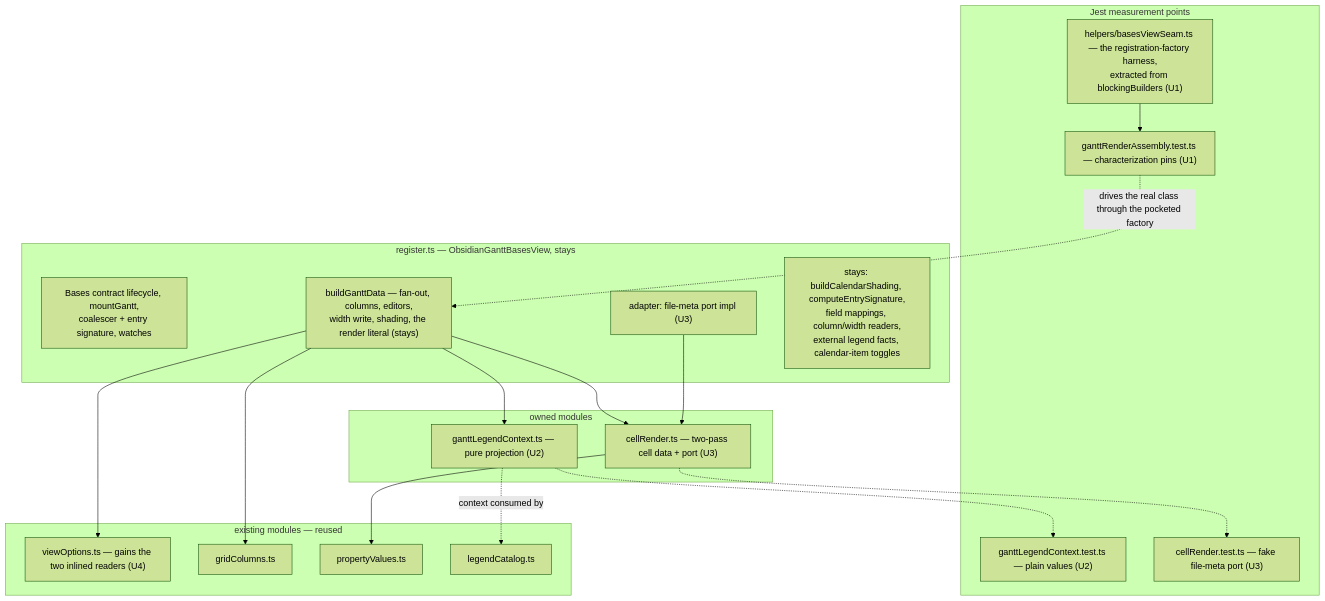
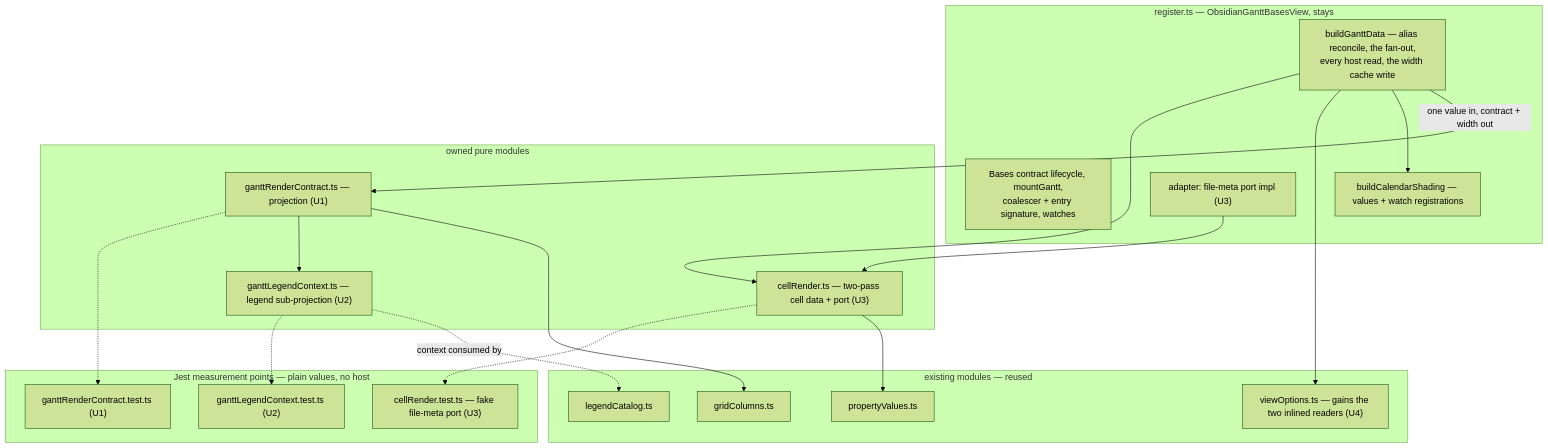
Before and after one commit to renatomen/tasknotes-gantt: the first of 2 diagrams in docs/plans/2026-09-03-001-refactor-register-render-data-characterization-plan.md, drawn with Mermaid (forest theme). The commit also changed other lines of this file, not shown here.

First line of the commit message:
docs(plans): take the course the book prescribes — extract the projection, do not test through the cast

````diff
--- a/docs/plans/2026-09-03-001-refactor-register-render-data-characterization-plan.md
+++ b/docs/plans/2026-09-03-001-refactor-register-render-data-characterization-plan.md
@@ -155,36 +159,37 @@
 ```mermaid
 flowchart TB
   subgraph host [register.ts — ObsidianGanttBasesView, stays]
     LC["Bases contract lifecycle, mountGantt,\ncoalescer + entry signature, watches"]
-    BGD["buildGanttData — fan-out, columns, editors,\nwidth write, shading, the render literal (stays)"]
+    BGD["buildGanttData — alias reconcile, the fan-out,\nevery host read, the width cache write"]
+    SH["buildCalendarShading — values + watch registrations"]
     AD["adapter: file-meta port impl (U3)"]
-    KEEP["stays: buildCalendarShading, computeEntrySignature,\nfield mappings, column/width readers,\nexternal legend facts, calendar-item toggles"]
   end
-  subgraph new [owned modules]
-    LG["ganttLegendContext.ts — pure projection (U2)"]
+  subgraph new [owned pure modules]
+    RC["ganttRenderContract.ts — projection (U1)"]
+    LG["ganttLegendContext.ts — legend sub-projection (U2)"]
     CD["cellRender.ts — two-pass cell data + port (U3)"]
   end
   subgraph reuse [existing modules — reused]
     VO["viewOptions.ts — gains the two inlined readers (U4)"]
     GC["gridColumns.ts"]
     PV["propertyValues.ts"]
     LCat["legendCatalog.ts"]
   end
-  subgraph tests [Jest measurement points]
-    H["helpers/basesViewSeam.ts — the registration-factory harness,\nextracted from blockingBuilders (U1)"]
-    T0["ganttRenderAssembly.test.ts — characterization pins (U1)"]
-    T1["ganttLegendContext.test.ts — plain values (U2)"]
-    T2["cellRender.test.ts — fake file-meta port (U3)"]
+  subgraph tests [Jest measurement points — plain values, no host]
+    T1["ganttRenderContract.test.ts (U1)"]
+    T2["ganttLegendContext.test.ts (U2)"]
+    T3["cellRender.test.ts — fake file-meta port (U3)"]
   end
-  BGD --> LG
+  BGD -->|"one value in, contract + width out"| RC
+  BGD --> SH
+  BGD --> VO
+  AD --> CD
+  CD --> PV
   BGD --> CD
-  AD --> CD
-  BGD --> VO
-  BGD --> GC
-  CD --> PV
+  RC --> GC
+  RC --> LG
   LG -.->|"context consumed by"| LCat
-  H --> T0
-  T0 -.->|"drives the real class through the pocketed factory"| BGD
-  LG -.-> T1
-  CD -.-> T2
+  RC -.-> T1
+  LG -.-> T2
+  CD -.-> T3
 ```
````
